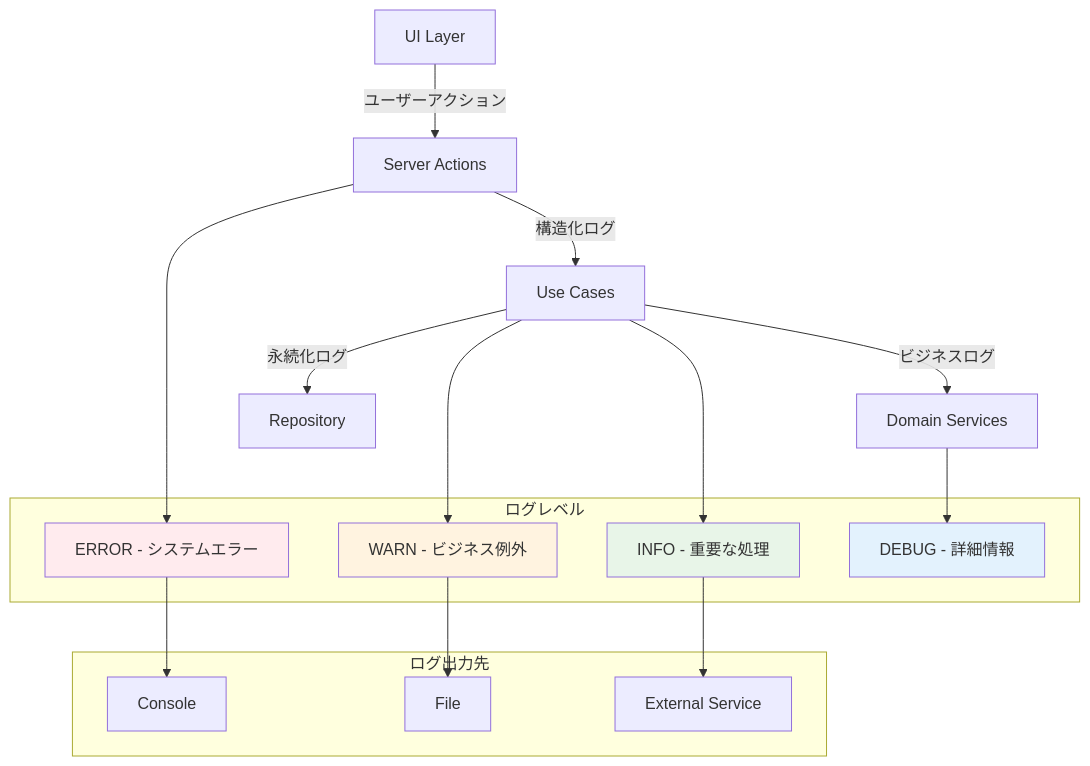
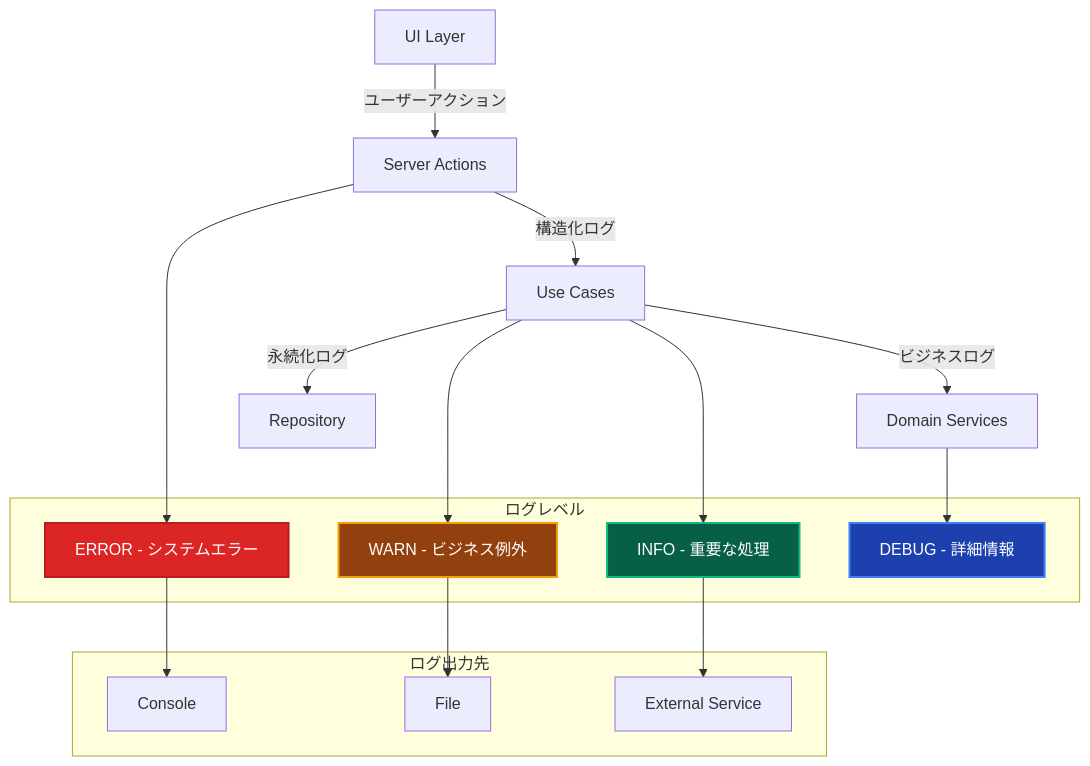
One commit to derushio/d-next-ddd-example changed the diagram in _DOCS/guides/ddd/cross-cutting/logging-strategy.md. Above: the diagram before and after it, drawn with Mermaid. The commit also changed 31 other files, not shown here.

Commit message:
🎨: DOCSのMermaid図表カラーテーマを暗色に統一し視認性を向上

````diff
--- a/_DOCS/guides/ddd/cross-cutting/logging-strategy.md
+++ b/_DOCS/guides/ddd/cross-cutting/logging-strategy.md
@@ -9,34 +9,34 @@
 ```mermaid
 graph TD
     UI[UI Layer] --> |ユーザーアクション| SA[Server Actions]
     SA --> |構造化ログ| UC[Use Cases]
     UC --> |ビジネスログ| DS[Domain Services]
     UC --> |永続化ログ| REPO[Repository]
     
     subgraph "ログレベル"
         ERROR[ERROR - システムエラー]
         WARN[WARN - ビジネス例外]
         INFO[INFO - 重要な処理]
         DEBUG[DEBUG - 詳細情報]
     end
     
     SA --> ERROR
     UC --> WARN
     UC --> INFO
     DS --> DEBUG
     
     subgraph "ログ出力先"
         CONSOLE[Console]
         FILE[File]
         EXTERNAL[External Service]
     end
     
     ERROR --> CONSOLE
     WARN --> FILE
     INFO --> EXTERNAL
     
-    style ERROR fill:#ffebee
-    style WARN fill:#fff3e0
-    style INFO fill:#e8f5e8
-    style DEBUG fill:#e3f2fd
+    style ERROR fill:#dc2626,stroke:#b91c1c,stroke-width:2px,color:#ffffff
+    style WARN fill:#92400e,stroke:#f59e0b,stroke-width:2px,color:#ffffff
+    style INFO fill:#065f46,stroke:#10b981,stroke-width:2px,color:#ffffff
+    style DEBUG fill:#1e40af,stroke:#3b82f6,stroke-width:2px,color:#ffffff
 ```
````
